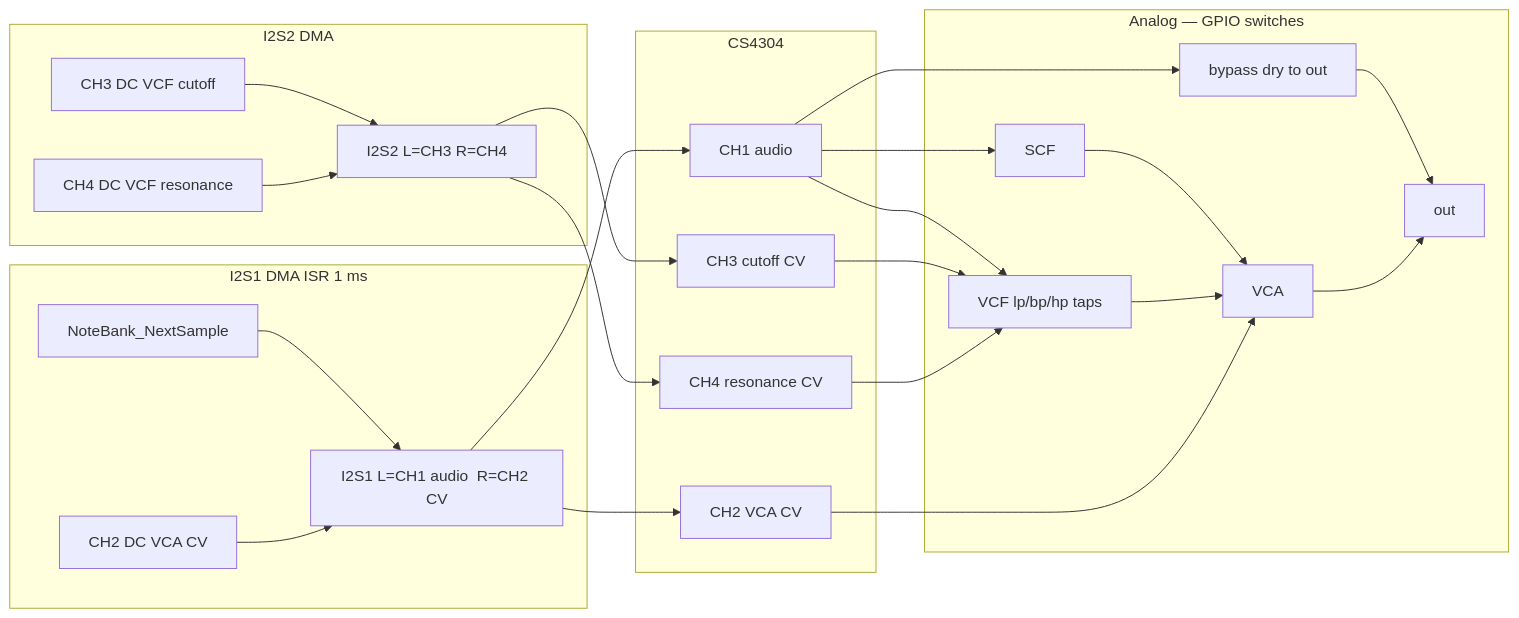
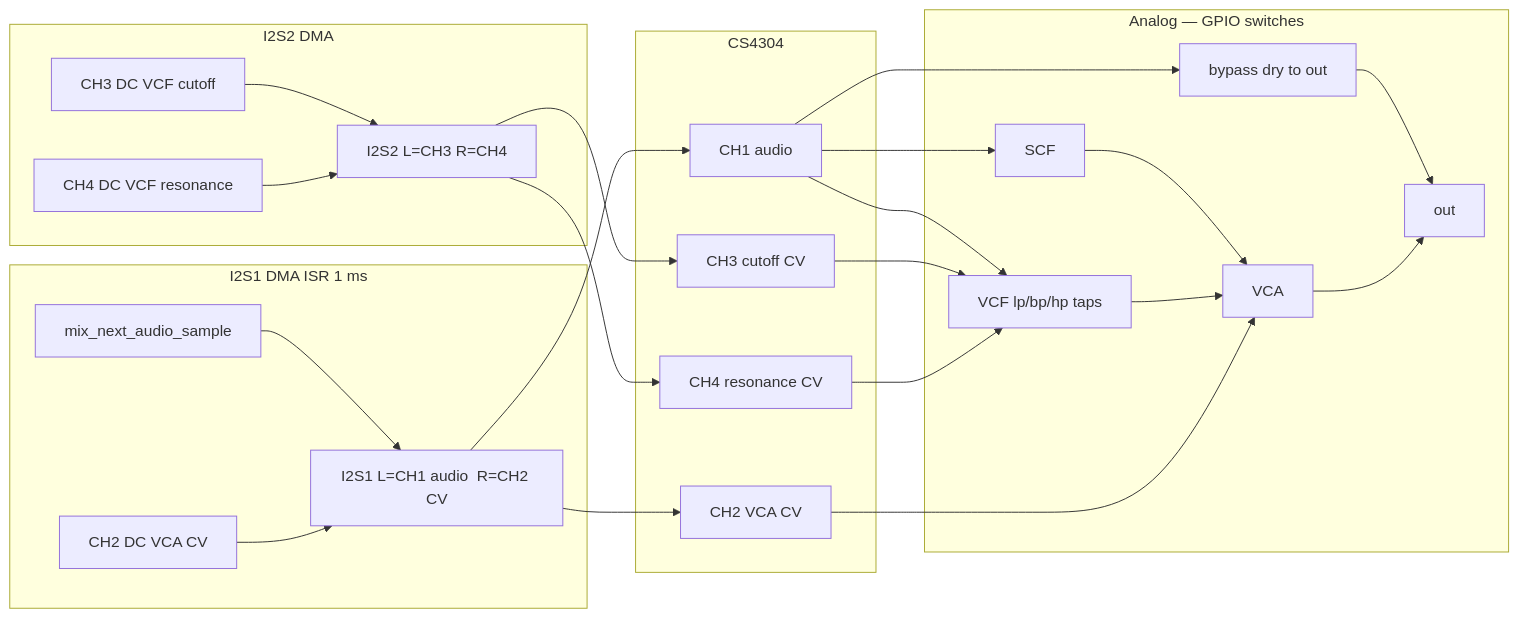
The third of 5 diagrams in docs/diagrams/card_data_flow.md (narendrabhatt-freshwater/firmware), drawn with Mermaid before and after one commit. The commit also changed other lines of this file and 69 other files, not shown here.

````diff
--- a/docs/diagrams/card_data_flow.md
+++ b/docs/diagrams/card_data_flow.md
@@ -136,45 +136,45 @@
 ```mermaid
 flowchart LR
   subgraph isr [I2S1 DMA ISR 1 ms]
-    NB[NoteBank_NextSample]
+    NB[mix_next_audio_sample]
     DC2[CH2 DC VCA CV]
     Mix["I2S1 L=CH1 audio  R=CH2 CV"]
     NB --> Mix
     DC2 --> Mix
   end
 
   subgraph i2s2 [I2S2 DMA]
     DC3[CH3 DC VCF cutoff]
     DC4[CH4 DC VCF resonance]
     Mix2["I2S2 L=CH3  R=CH4"]
     DC3 --> Mix2
     DC4 --> Mix2
   end
 
   subgraph dac [CS4304]
     D1[CH1 audio]
     D2[CH2 VCA CV]
     D3[CH3 cutoff CV]
     D4[CH4 resonance CV]
   end
 
   Mix --> D1
   Mix --> D2
   Mix2 --> D3
   Mix2 --> D4
 
   subgraph analog [Analog — GPIO switches]
     Dry[bypass dry to out]
     Scf[SCF]
     Vcf[VCF lp/bp/hp taps]
     Vca[VCA]
     Out[out]
     D1 --> Dry --> Out
     D1 --> Scf --> Vca
     D1 --> Vcf --> Vca
     Vca --> Out
     D2 --> Vca
     D3 --> Vcf
     D4 --> Vcf
   end
 ```
````
